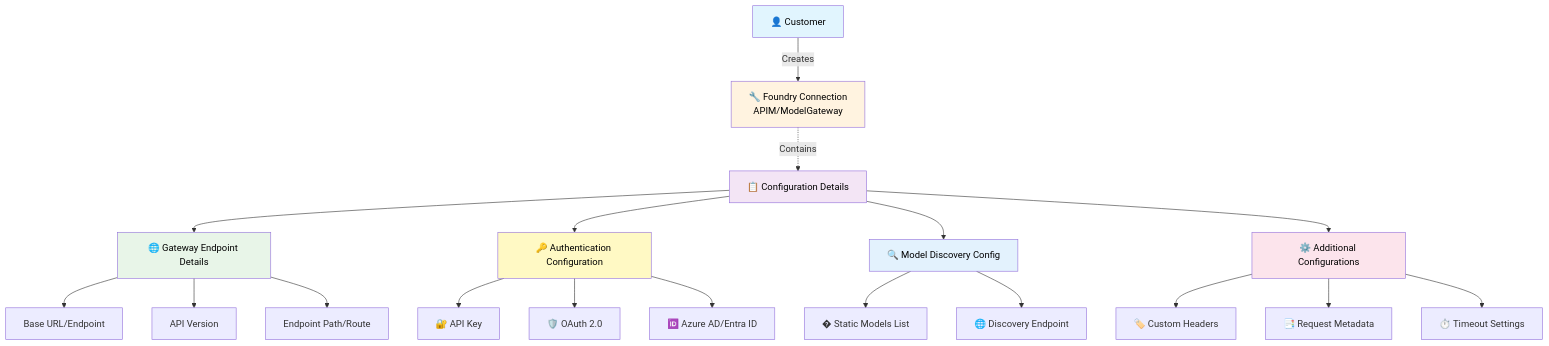
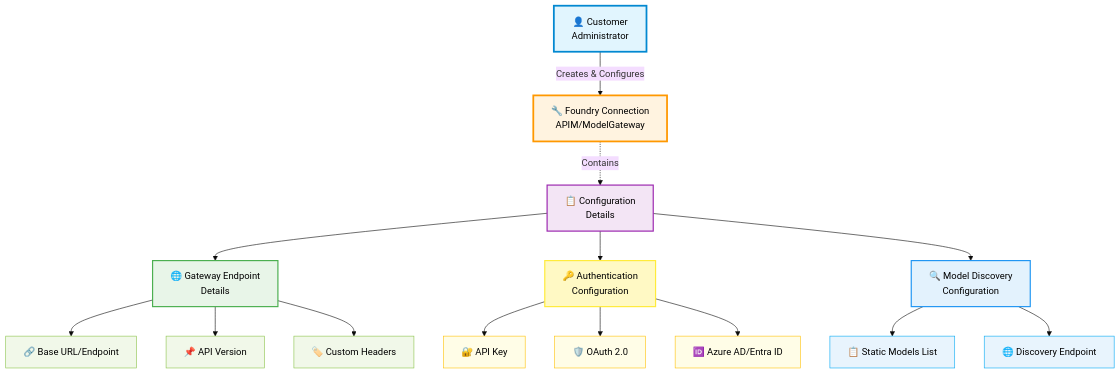
Before and after one commit to Vijendra123/foundry-samples: the first of 2 diagrams in samples/microsoft/infrastructure-setup/01-connections/apim-and-modelgateway-integration-guide.md, drawn with Mermaid. The commit also changed other lines of this file, not shown here.

````diff
--- a/samples/microsoft/infrastructure-setup/01-connections/apim-and-modelgateway-integration-guide.md
+++ b/samples/microsoft/infrastructure-setup/01-connections/apim-and-modelgateway-integration-guide.md
@@ -58,32 +58,35 @@
 ```mermaid
+%%{init: {'theme':'base', 'themeVariables': {'fontSize': '16px'}}}%%
 graph TD
-    A[👤 Customer] -->|Creates| B[🔧 Foundry Connection<br/>APIM/ModelGateway]
-    B -.->|Contains| C[📋 Configuration Details]
+    A[👤 Customer<br/>Administrator] -->|Creates & Configures| B[🔧 Foundry Connection<br/>APIM/ModelGateway]
+    B -.->|Contains| C[📋 Configuration<br/>Details]
     
-    C --> D[🌐 Gateway Endpoint Details]
-    D --> D1[Base URL/Endpoint]
-    D --> D2[API Version]
-    D --> D3[Endpoint Path/Route]
+    C --> D[🌐 Gateway Endpoint<br/>Details]
+    D --> D1[🔗 Base URL/Endpoint]
+    D --> D2[📌 API Version]
+    D --> D3[🏷️ Custom Headers]
     
-    C --> E[🔑 Authentication Configuration]
+    C --> E[🔑 Authentication<br/>Configuration]
     E --> E1[🔐 API Key]
     E --> E2[🛡️ OAuth 2.0]
     E --> E3[🆔 Azure AD/Entra ID]
     
-    C --> F[🔍 Model Discovery Config]
-    F --> F1[� Static Models List]
+    C --> F[🔍 Model Discovery<br/>Configuration]
+    F --> F1[📋 Static Models List]
     F --> F2[🌐 Discovery Endpoint]
     
-    C --> G[⚙️ Additional Configurations]
-    G --> G1[🏷️ Custom Headers]
-    G --> G2[📑 Request Metadata]
-    G --> G3[⏱️ Timeout Settings]
-    
-    style A fill:#e1f5fe,color:#000
-    style B fill:#fff3e0,color:#000
-    style C fill:#f3e5f5,color:#000
-    style D fill:#e8f5e8,color:#000
-    style E fill:#fff9c4,color:#000
-    style F fill:#e3f2fd,color:#000
-    style G fill:#fce4ec,color:#000
+    style A fill:#e1f5fe,color:#000,stroke:#0288d1,stroke-width:3px
+    style B fill:#fff3e0,color:#000,stroke:#ff9800,stroke-width:3px
+    style C fill:#f3e5f5,color:#000,stroke:#9c27b0,stroke-width:2px
+    style D fill:#e8f5e8,color:#000,stroke:#4caf50,stroke-width:2px
+    style E fill:#fff9c4,color:#000,stroke:#ffeb3b,stroke-width:2px
+    style F fill:#e3f2fd,color:#000,stroke:#2196f3,stroke-width:2px
+    style D1 fill:#f1f8e9,color:#000,stroke:#8bc34a,stroke-width:1px
+    style D2 fill:#f1f8e9,color:#000,stroke:#8bc34a,stroke-width:1px
+    style D3 fill:#f1f8e9,color:#000,stroke:#8bc34a,stroke-width:1px
+    style E1 fill:#fffde7,color:#000,stroke:#ffc107,stroke-width:1px
+    style E2 fill:#fffde7,color:#000,stroke:#ffc107,stroke-width:1px
+    style E3 fill:#fffde7,color:#000,stroke:#ffc107,stroke-width:1px
+    style F1 fill:#e8f4fd,color:#000,stroke:#03a9f4,stroke-width:1px
+    style F2 fill:#e8f4fd,color:#000,stroke:#03a9f4,stroke-width:1px
 ```
````
